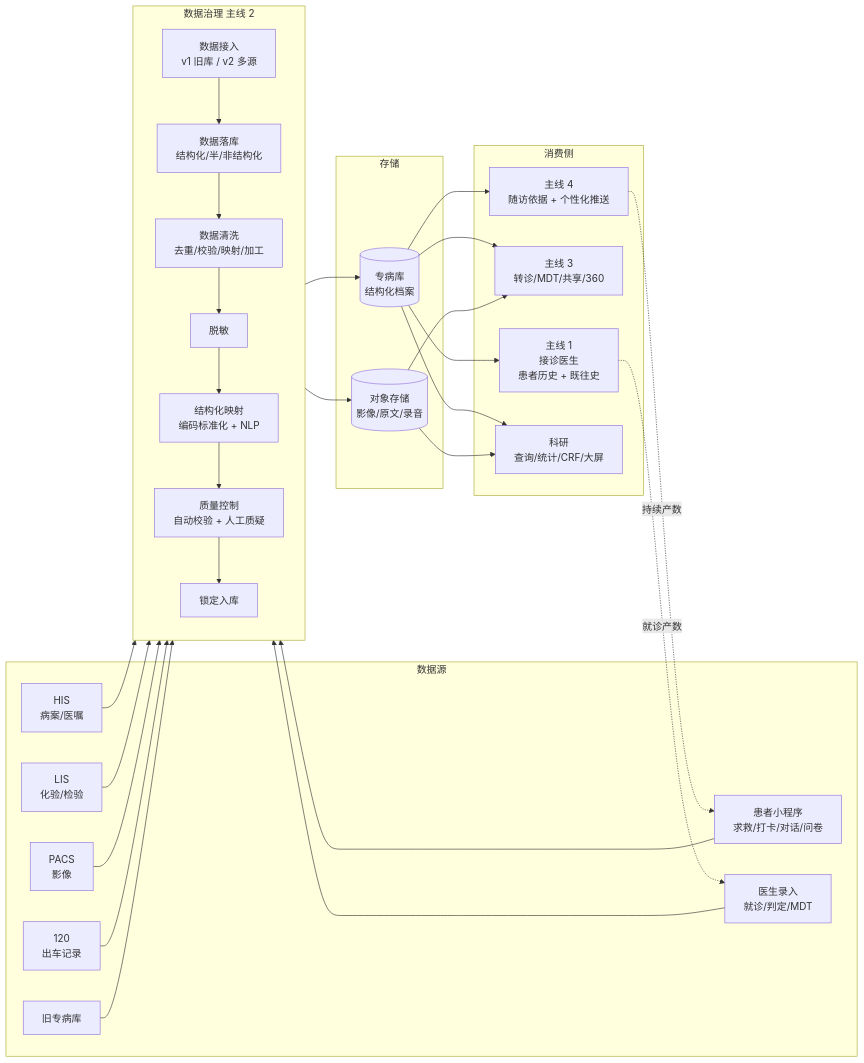
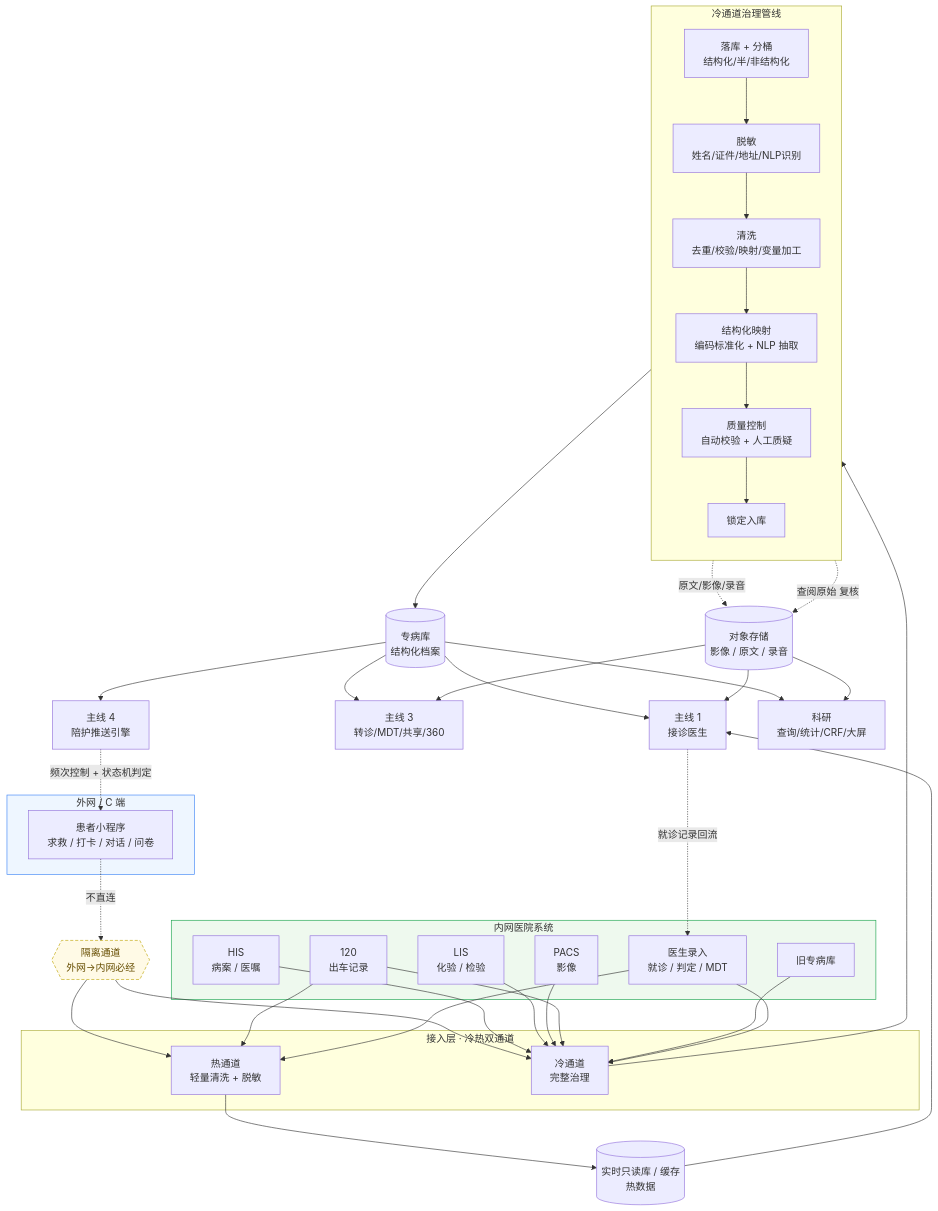
One commit to leo4wind/SheShang-prototype changed the diagram in docs/data-flow.md. Above: the diagram before and after it, drawn with Mermaid. The commit also changed other lines of this file and 64 other files, not shown here.

````diff
--- a/docs/data-flow.md
+++ b/docs/data-flow.md
@@ -9,55 +11,84 @@
 ```mermaid
-flowchart LR
-    subgraph 源 [数据源]
-        S1[HIS<br/>病案/医嘱]
-        S2[LIS<br/>化验/检验]
+flowchart TB
+    %% ───── 数据源 ─────
+    subgraph WAN [外网 / C 端]
+        S6[患者小程序<br/>求救 / 打卡 / 对话 / 问卷]
+    end
+
+    subgraph LAN [内网医院系统]
+        S1[HIS<br/>病案 / 医嘱]
+        S2[LIS<br/>化验 / 检验]
         S3[PACS<br/>影像]
         S4[120<br/>出车记录]
         S5[旧专病库]
-        S6[患者小程序<br/>求救/打卡/对话/问卷]
-        S7[医生录入<br/>就诊/判定/MDT]
+        S7[医生录入<br/>就诊 / 判定 / MDT]
     end
 
-    subgraph 治 [数据治理 主线 2]
+    EDGE{{隔离通道<br/>外网→内网必经}}
+    S6 -. 不直连 .-> EDGE
+
+    %% ───── 接入：冷热双通道 ─────
+    subgraph INGRESS [接入层 · 冷热双通道]
+        HOT[热通道<br/>轻量清洗 + 脱敏]
+        COLD[冷通道<br/>完整治理]
+    end
+
+    EDGE --> HOT
+    EDGE --> COLD
+    S4 --> HOT
+    S7 --> HOT
+    S1 --> COLD
+    S2 --> COLD
+    S3 --> COLD
+    S4 --> COLD
+    S5 --> COLD
+    S7 --> COLD
+
+    %% ───── 冷通道治理管线 ─────
+    subgraph GOV [冷通道治理管线]
         direction TB
-        G1[数据接入<br/>v1 旧库 / v2 多源] --> G2[数据落库<br/>结构化/半/非结构化]
-        G2 --> G3[数据清洗<br/>去重/校验/映射/加工]
-        G3 --> G4[脱敏]
-        G4 --> G5[结构化映射<br/>编码标准化 + NLP]
+        G2[落库 + 分桶<br/>结构化/半/非结构化] --> G3[脱敏<br/>姓名/证件/地址/NLP识别]
+        G3 --> G4[清洗<br/>去重/校验/映射/变量加工]
+        G4 --> G5[结构化映射<br/>编码标准化 + NLP 抽取]
         G5 --> G6[质量控制<br/>自动校验 + 人工质疑]
         G6 --> G7[锁定入库]
     end
 
-    subgraph 库 [存储]
-        D1[(专病库<br/>结构化档案)]
-        D2[(对象存储<br/>影像/原文/录音)]
-    end
+    COLD --> G2
 
-    subgraph 消 [消费侧]
-        C1[主线 1<br/>接诊医生<br/>患者历史 + 既往史]
-        C2[主线 3<br/>转诊/MDT/共享/360]
-        C3[主线 4<br/>随访依据 + 个性化推送]
-        C4[科研<br/>查询/统计/CRF/大屏]
-    end
+    %% ───── 存储 ─────
+    DH[(实时只读库 / 缓存<br/>热数据)]
+    D1[(专病库<br/>结构化档案)]
+    D2[(对象存储<br/>影像 / 原文 / 录音)]
 
-    S1 --> G1
-    S2 --> G1
-    S3 --> G1
-    S4 --> G1
-    S5 --> G1
-    S6 --> G1
-    S7 --> G1
+    HOT --> DH
+    G2 -. 原文/影像/录音 .-> D2
+    G7 --> D1
+    G6 -. 查阅原始 复核 .-> D2
 
-    G7 --> D1
-    G2 --> D2
+    %% ───── 消费侧 ─────
+    C1[主线 1<br/>接诊医生]
+    C2[主线 3<br/>转诊/MDT/共享/360]
+    C3[主线 4<br/>陪护推送引擎]
+    C4[科研<br/>查询/统计/CRF/大屏]
 
+    DH --> C1
     D1 --> C1
+    D2 --> C1
     D1 --> C2
+    D2 --> C2
     D1 --> C3
     D1 --> C4
-    D2 --> C2
     D2 --> C4
 
-    C3 -. 持续产数 .-> S6
-    C1 -. 就诊产数 .-> S7
+    %% ───── 闭环回流 ─────
+    C3 -. 频次控制 + 状态机判定 .-> S6
+    C1 -. 就诊记录回流 .-> S7
+
+    classDef edge fill:#fffae6,stroke:#bfa400,stroke-dasharray:5 3,color:#664d00
+    classDef wan fill:#eef6ff,stroke:#3b82f6
+    classDef lan fill:#eef9ee,stroke:#16a34a
+    class EDGE edge
+    class WAN wan
+    class LAN lan
 ```
````
